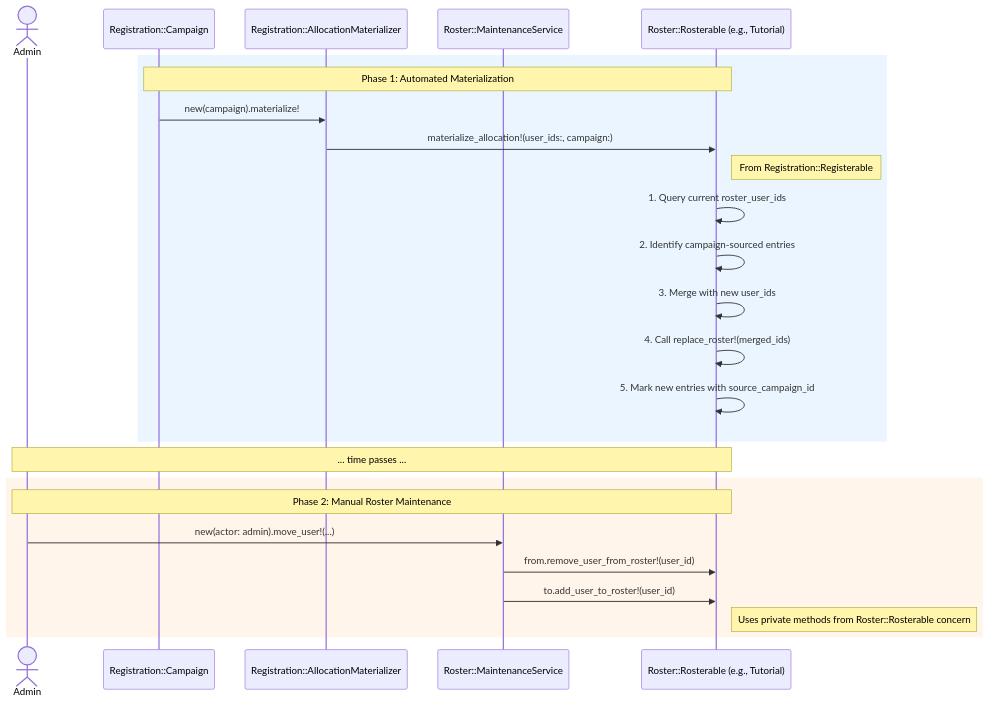
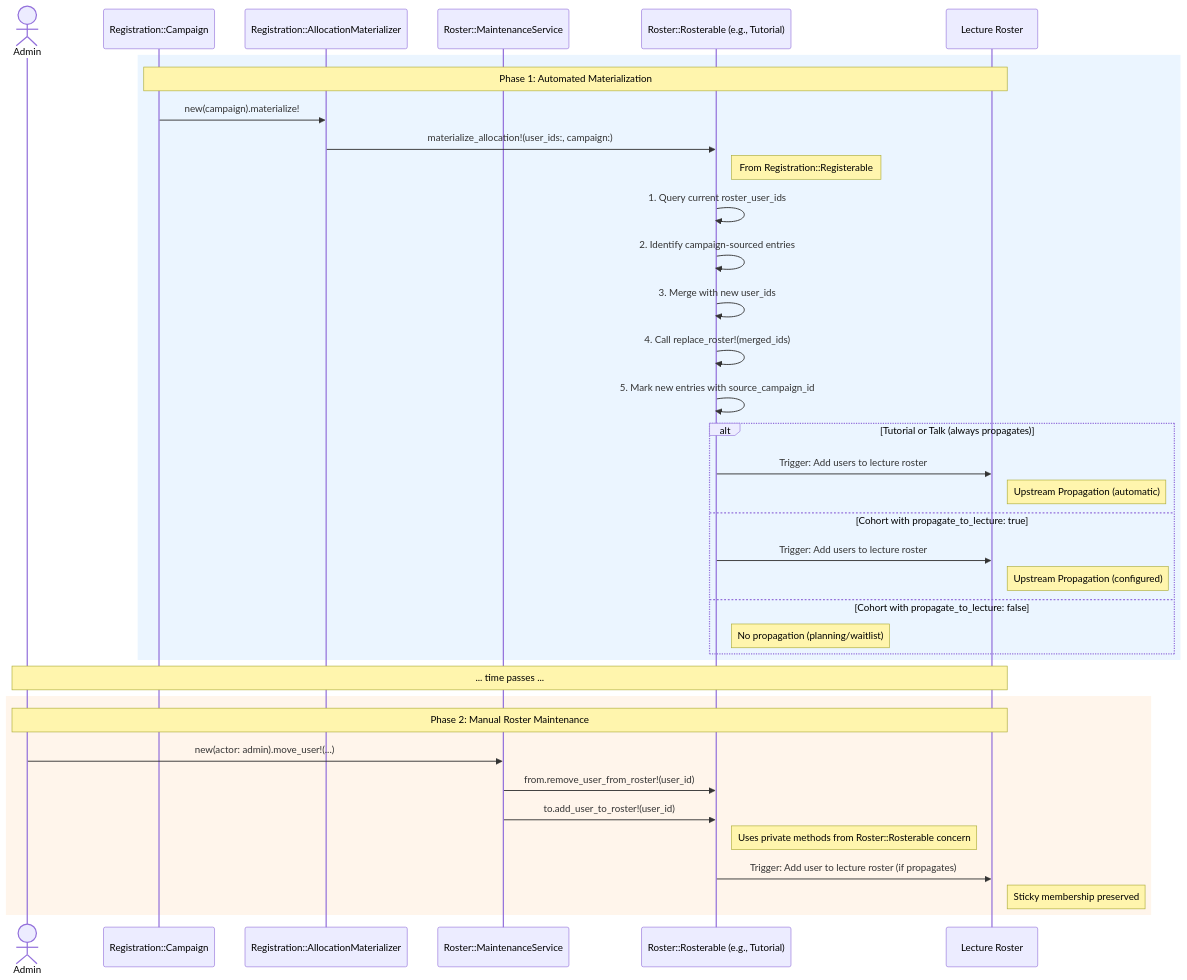
The second of 2 diagrams in architecture/src/features/03-rosters.md (MaMpf-HD/mampf), drawn with Mermaid before and after one commit. The commit also changed other lines of this file and 3 other files, not shown here.

Commit message:
Enhance registration documentation and examples for upstream propagation and cohort patterns

````diff
--- a/architecture/src/features/03-rosters.md
+++ b/architecture/src/features/03-rosters.md
@@ -515,30 +610,43 @@
 ```mermaid
 sequenceDiagram
     actor Admin
     participant Campaign as Registration::Campaign
     participant Materializer as Registration::AllocationMaterializer
     participant RosterService as Roster::MaintenanceService
-    participant Rosterable as Roster::Rosterable (e.g., Tutorial)
+    participant SubGroup as Roster::Rosterable (e.g., Tutorial)
+    participant Lecture as Lecture Roster
 
     rect rgb(235, 245, 255)
-    note over Campaign,Rosterable: Phase 1: Automated Materialization
+    note over Campaign,Lecture: Phase 1: Automated Materialization
     Campaign->>Materializer: new(campaign).materialize!
-    Materializer->>Rosterable: materialize_allocation!(user_ids:, campaign:)
-    note right of Rosterable: From Registration::Registerable
-    Rosterable->>Rosterable: 1. Query current roster_user_ids
-    Rosterable->>Rosterable: 2. Identify campaign-sourced entries
-    Rosterable->>Rosterable: 3. Merge with new user_ids
-    Rosterable->>Rosterable: 4. Call replace_roster!(merged_ids)
-    Rosterable->>Rosterable: 5. Mark new entries with source_campaign_id
+    Materializer->>SubGroup: materialize_allocation!(user_ids:, campaign:)
+    note right of SubGroup: From Registration::Registerable
+    SubGroup->>SubGroup: 1. Query current roster_user_ids
+    SubGroup->>SubGroup: 2. Identify campaign-sourced entries
+    SubGroup->>SubGroup: 3. Merge with new user_ids
+    SubGroup->>SubGroup: 4. Call replace_roster!(merged_ids)
+    SubGroup->>SubGroup: 5. Mark new entries with source_campaign_id
+    
+    alt Tutorial or Talk (always propagates)
+        SubGroup->>Lecture: Trigger: Add users to lecture roster
+        note right of Lecture: Upstream Propagation (automatic)
+    else Cohort with propagate_to_lecture: true
+        SubGroup->>Lecture: Trigger: Add users to lecture roster
+        note right of Lecture: Upstream Propagation (configured)
+    else Cohort with propagate_to_lecture: false
+        note right of SubGroup: No propagation (planning/waitlist)
+    end
     end
 
-    note over Admin, Rosterable: ... time passes ...
+    note over Admin, Lecture: ... time passes ...
 
     rect rgb(255, 245, 235)
-    note over Admin,Rosterable: Phase 2: Manual Roster Maintenance
+    note over Admin,Lecture: Phase 2: Manual Roster Maintenance
     Admin->>RosterService: new(actor: admin).move_user!(...)
-    RosterService->>Rosterable: from.remove_user_from_roster!(user_id)
-    RosterService->>Rosterable: to.add_user_to_roster!(user_id)
-    note right of Rosterable: Uses private methods from Roster::Rosterable concern
+    RosterService->>SubGroup: from.remove_user_from_roster!(user_id)
+    RosterService->>SubGroup: to.add_user_to_roster!(user_id)
+    note right of SubGroup: Uses private methods from Roster::Rosterable concern
+    SubGroup->>Lecture: Trigger: Add user to lecture roster (if propagates)
+    note right of Lecture: Sticky membership preserved
     end
 ```
````
